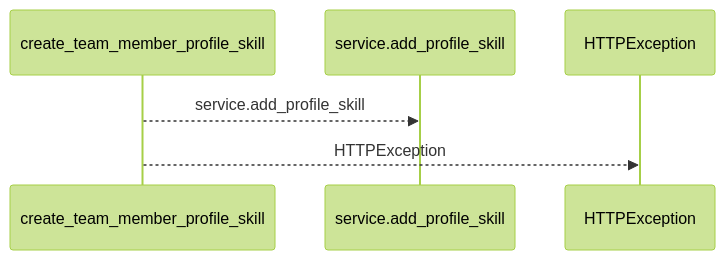
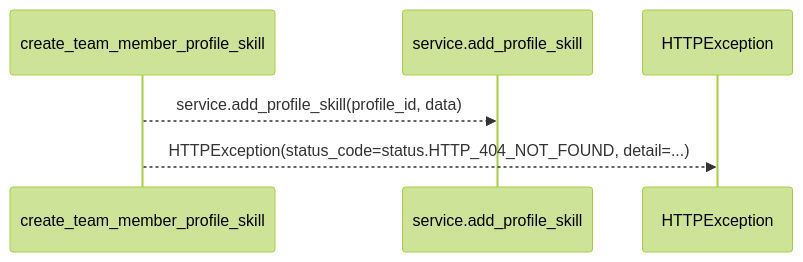
The first of 2 diagrams in docs/llm_wiki/flows/http-create_team_member_profile_skill.md (Denissvgn/WorkChord), drawn with Mermaid (forest theme) before and after one commit. The commit also changed other lines of this file and 25171 other files, not shown here.

````diff
--- a/docs/llm_wiki/flows/http-create_team_member_profile_skill.md
+++ b/docs/llm_wiki/flows/http-create_team_member_profile_skill.md
@@ -10,8 +12,8 @@
 ```mermaid
 sequenceDiagram
     participant p0 as create_team_member_profile_skill
     participant p1 as service.add_profile_skill
     participant p2 as HTTPException
-    p0-->>p1: service.add_profile_skill
-    p0-->>p2: HTTPException
+    p0-->>p1: service.add_profile_skill(profile_id, data)
+    p0-->>p2: HTTPException(status_code=status.HTTP_404_NOT_FOUND, detail=...)
 ```
````
